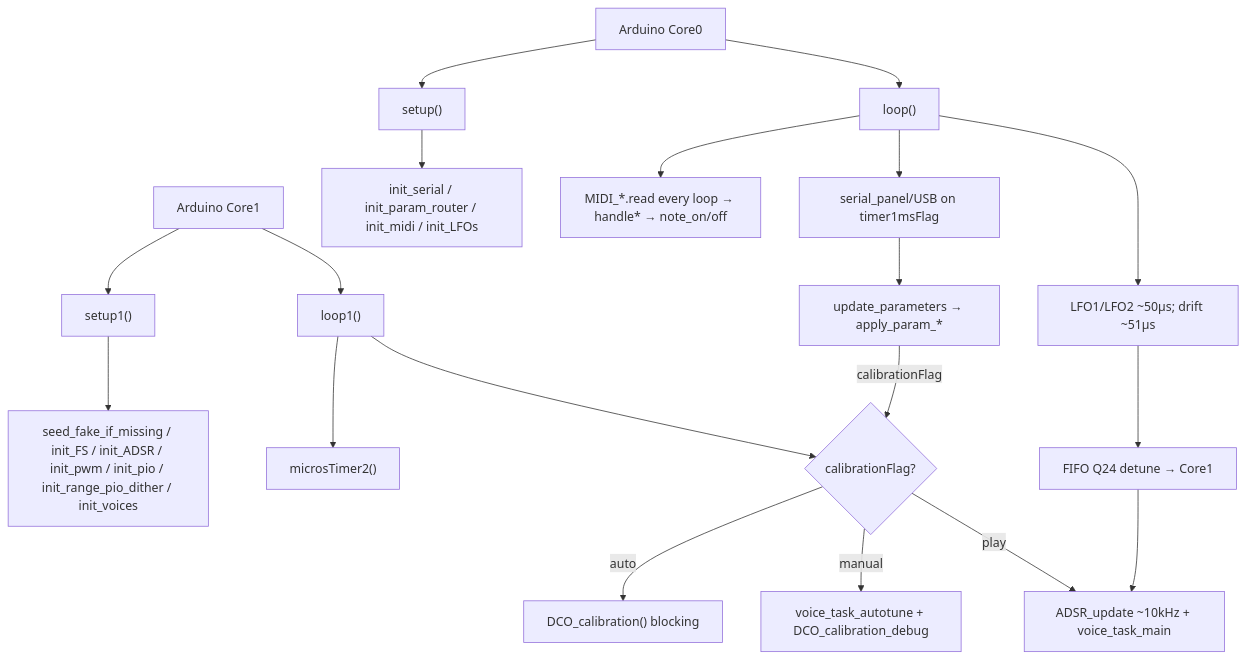
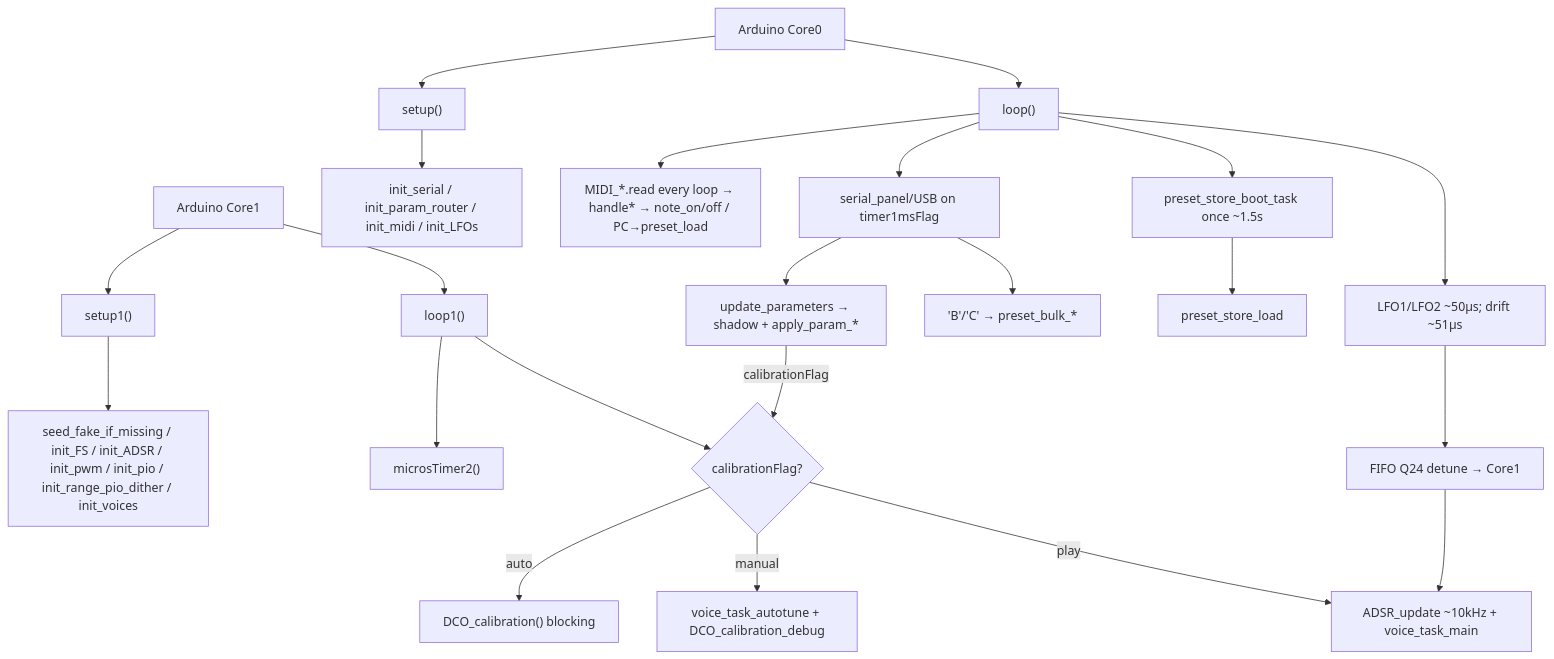
The diagram in docs/FILE_INDEX.md (felipegaspari/DCO3-MONOSYNTH-DCO), drawn with Mermaid before and after one commit. The commit also changed other lines of this file and 41 other files, not shown here.

````diff
--- a/docs/FILE_INDEX.md
+++ b/docs/FILE_INDEX.md
@@ -22,25 +30,28 @@
 ```mermaid
 flowchart TD
   fw0["Arduino Core0"] --> setup0["setup()"]
   fw0 --> loop0["loop()"]
   fw1["Arduino Core1"] --> setup1["setup1()"]
   fw1 --> loop1["loop1()"]
 
   setup0 --> initSerial["init_serial / init_param_router / init_midi / init_LFOs"]
   setup1 --> initCore1["seed_fake_if_missing / init_FS / init_ADSR / init_pwm / init_pio / init_range_pio_dither / init_voices"]
 
-  loop0 --> midiRead["MIDI_*.read every loop → handle* → note_on/off"]
+  loop0 --> midiRead["MIDI_*.read every loop → handle* → note_on/off / PC→preset_load"]
   loop0 --> serialTask["serial_panel/USB on timer1msFlag"]
+  loop0 --> bootPreset["preset_store_boot_task once ~1.5s"]
   loop0 --> lfo["LFO1/LFO2 ~50µs; drift ~51µs"]
   lfo --> fifo["FIFO Q24 detune → Core1"]
 
-  serialTask --> updParam["update_parameters → apply_param_*"]
+  serialTask --> updParam["update_parameters → shadow + apply_param_*"]
   updParam -->|calibrationFlag| calBranch
+  serialTask --> bulk["'B'/'C' → preset_bulk_*"]
+  bootPreset --> pstLoad["preset_store_load"]
 
   loop1 --> millis["microsTimer2()"]
   loop1 --> calBranch{"calibrationFlag?"}
   calBranch -->|auto| dcoCal["DCO_calibration() blocking"]
   calBranch -->|manual| manCal["voice_task_autotune + DCO_calibration_debug"]
   calBranch -->|play| play["ADSR_update ~10kHz + voice_task_main"]
   fifo --> play
 ```
````
